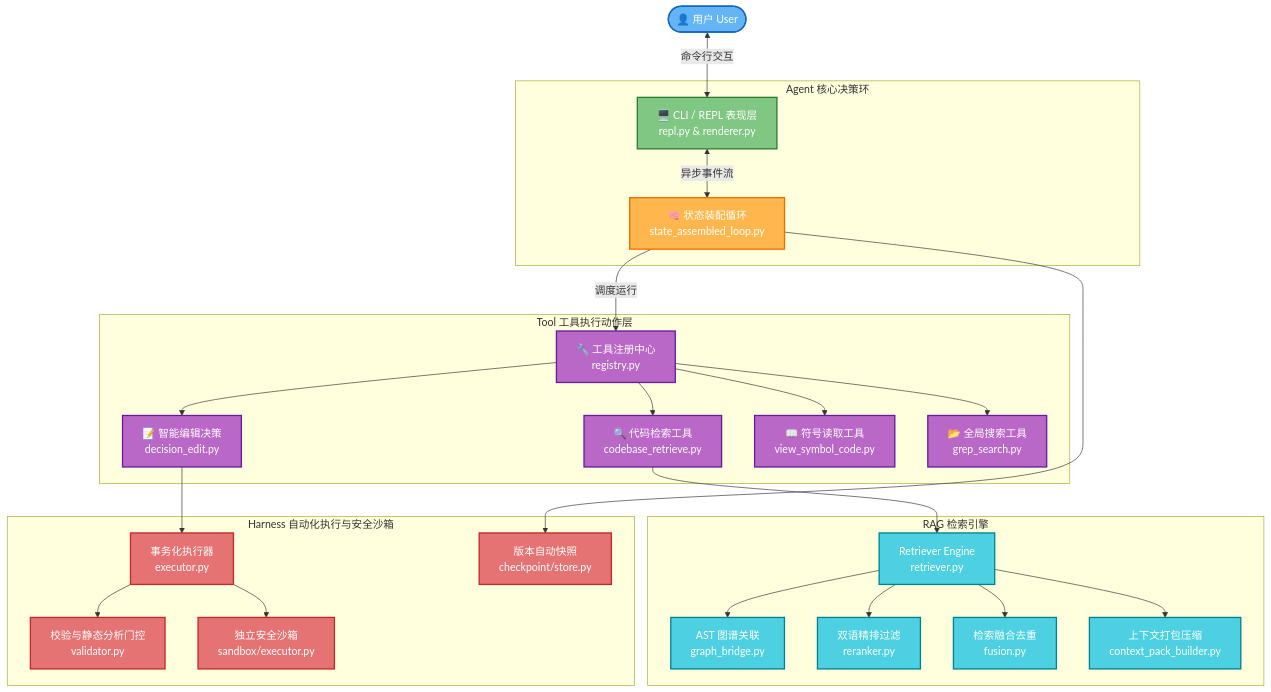
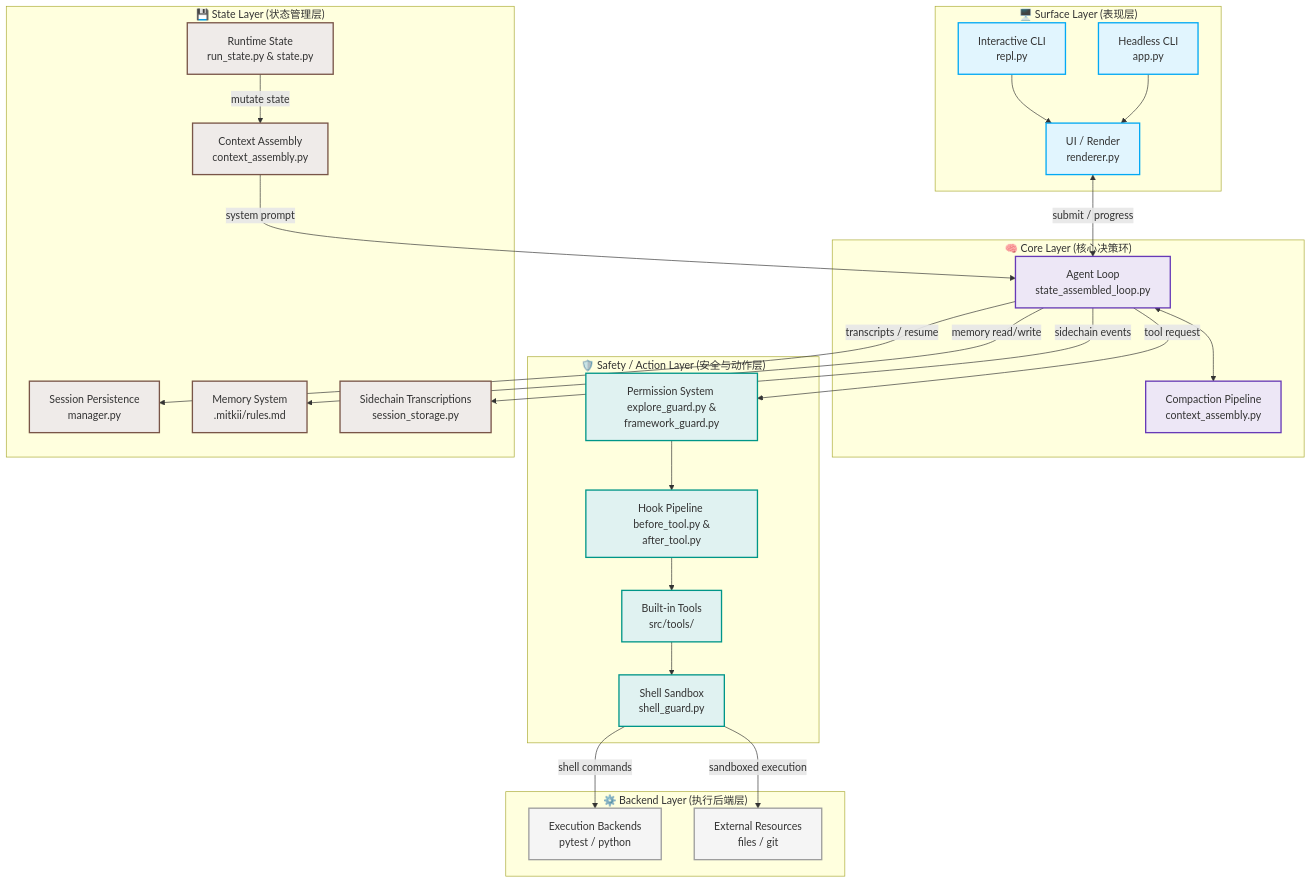
One commit to Lire-mitcj/Harness-Mitchi changed the diagram in README.md. Above: the diagram before and after it, drawn with Mermaid. The commit also changed other lines of this file, not shown here.

Commit message:
update v2

````diff
--- a/README.md
+++ b/README.md
@@ -13,46 +13,68 @@
 ```mermaid
 graph TD
-    %% Colors & Styles
-    classDef user fill:#64B5F6,stroke:#1565C0,stroke-width:2px,color:#fff;
-    classDef cli fill:#81C784,stroke:#2E7D32,stroke-width:2px,color:#fff;
-    classDef agent fill:#FFB74D,stroke:#EF6C00,stroke-width:2px,color:#fff;
-    classDef tool fill:#BA68C8,stroke:#6A1B9A,stroke-width:2px,color:#fff;
-    classDef rag fill:#4DD0E1,stroke:#00838F,stroke-width:2px,color:#fff;
-    classDef harness fill:#E57373,stroke:#C62828,stroke-width:2px,color:#fff;
+    %% Define Classes for Layers
+    classDef surface fill:#E1F5FE,stroke:#03A9F4,stroke-width:2px;
+    classDef core fill:#EDE7F6,stroke:#673AB7,stroke-width:2px;
+    classDef safety fill:#E0F2F1,stroke:#009688,stroke-width:2px;
+    classDef backend fill:#F5F5F5,stroke:#9E9E9E,stroke-width:2px;
+    classDef state fill:#EFEBE9,stroke:#795548,stroke-width:2px;
 
-    User([👤 用户 User]) <-->|命令行交互| CLI[🖥️ CLI / REPL 表现层<br>repl.py & renderer.py]
-    
-    subgraph Agent 核心决策环
-        CLI <-->|异步事件流| Loop[🧠 状态装配循环<br>state_assembled_loop.py]
-    end
-    
-    subgraph Tool 工具执行动作层
-        Loop -->|调度运行| Tools[🔧 工具注册中心<br>registry.py]
-        Tools --> Edit[📝 智能编辑决策<br>decision_edit.py]
-        Tools --> Retrieve[🔍 代码检索工具<br>codebase_retrieve.py]
-        Tools --> View[📖 符号读取工具<br>view_symbol_code.py]
-        Tools --> Grep[📂 全局搜索工具<br>grep_search.py]
-    end
-    
-    subgraph RAG 检索引擎
-        Retrieve --> Retriever[Retriever Engine<br>retriever.py]
-        Retriever --> Graph[AST 图谱关联<br>graph_bridge.py]
-        Retriever --> Reranker[双语精排过滤<br>reranker.py]
-        Retriever --> Fusion[检索融合去重<br>fusion.py]
-        Retriever --> Pack[上下文打包压缩<br>context_pack_builder.py]
-    end
-    
-    subgraph Harness 自动化执行与安全沙箱
-        Edit --> Exec[事务化执行器<br>executor.py]
-        Exec --> Val[校验与静态分析门控<br>validator.py]
-        Exec --> Sandbox[独立安全沙箱<br>sandbox/executor.py]
-        Loop --> Checkpoint[版本自动快照<br>checkpoint/store.py]
+    %% Subgraphs representing the layers
+    subgraph Surface_Layer ["🖥️ Surface Layer (表现层)"]
+        CLI[Interactive CLI <br> repl.py]
+        Render[UI / Render <br> renderer.py]
+        App[Headless CLI <br> app.py]
+        CLI --> Render
+        App --> Render
     end
 
-    class User user;
-    class CLI cli;
-    class Loop agent;
-    class Tools,Edit,Retrieve,View,Grep tool;
-    class Retriever,Graph,Reranker,Fusion,Pack rag;
-    class Exec,Val,Sandbox,Checkpoint harness;
+    subgraph Core_Layer ["🧠 Core Layer (核心决策环)"]
+        Loop[Agent Loop <br> state_assembled_loop.py]
+        Compaction[Compaction Pipeline <br> context_assembly.py]
+        Loop <--> Compaction
+    end
+
+    subgraph Safety_Action_Layer ["🛡️ Safety / Action Layer (安全与动作层)"]
+        Permission[Permission System <br> explore_guard.py & framework_guard.py]
+        Hooks[Hook Pipeline <br> before_tool.py & after_tool.py]
+        Tools[Built-in Tools <br> src/tools/]
+        Sandbox[Shell Sandbox <br> shell_guard.py]
+        
+        Permission --> Hooks
+        Hooks --> Tools
+        Tools --> Sandbox
+    end
+
+    subgraph Backend_Layer ["⚙️ Backend Layer (执行后端层)"]
+        Exec[Execution Backends <br> pytest / python]
+        Resources[External Resources <br> files / git]
+    end
+
+    subgraph State_Layer ["💾 State Layer (状态管理层)"]
+        Context[Context Assembly <br> context_assembly.py]
+        RunState[Runtime State <br> run_state.py & state.py]
+        Persistence[Session Persistence <br> manager.py]
+        Memory[Memory System <br> .mitkii/rules.md]
+        Transcriptions[Sidechain Transcriptions <br> session_storage.py]
+    end
+
+    %% Cross-layer connections
+    Render <-->|submit / progress| Loop
+    Loop -->|tool request| Permission
+    Sandbox -->|shell commands| Exec
+    Sandbox -->|sandboxed execution| Resources
+
+    %% State Layer connections
+    RunState -->|mutate state| Context
+    Context -->|system prompt| Loop
+    Loop -->|transcripts / resume| Persistence
+    Loop -->|memory read/write| Memory
+    Loop -->|sidechain events| Transcriptions
+
+    %% Apply Classes
+    class CLI,Render,App surface;
+    class Loop,Compaction core;
+    class Permission,Hooks,Tools,Sandbox safety;
+    class Exec,Resources backend;
+    class Context,RunState,Persistence,Memory,Transcriptions state;
 ```
````
